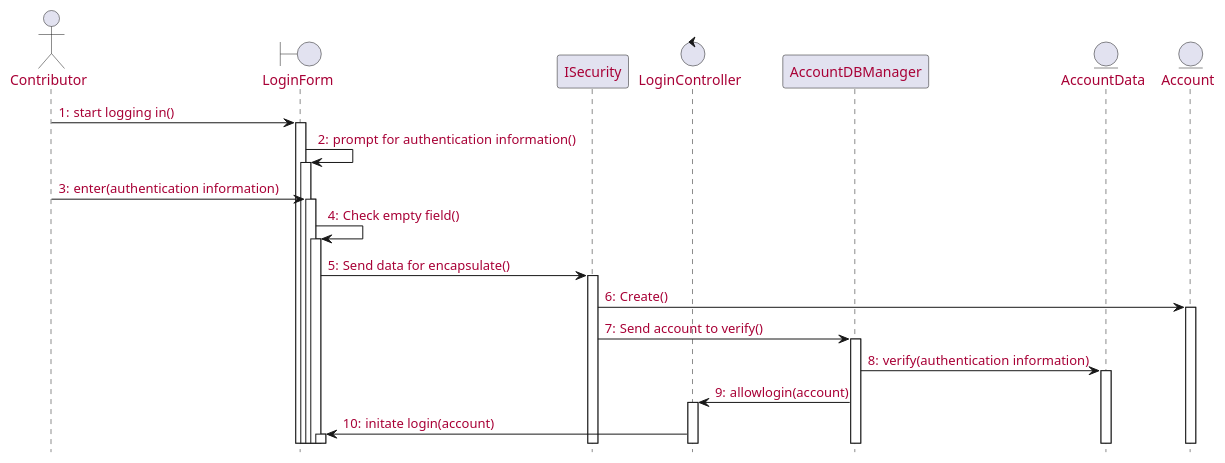
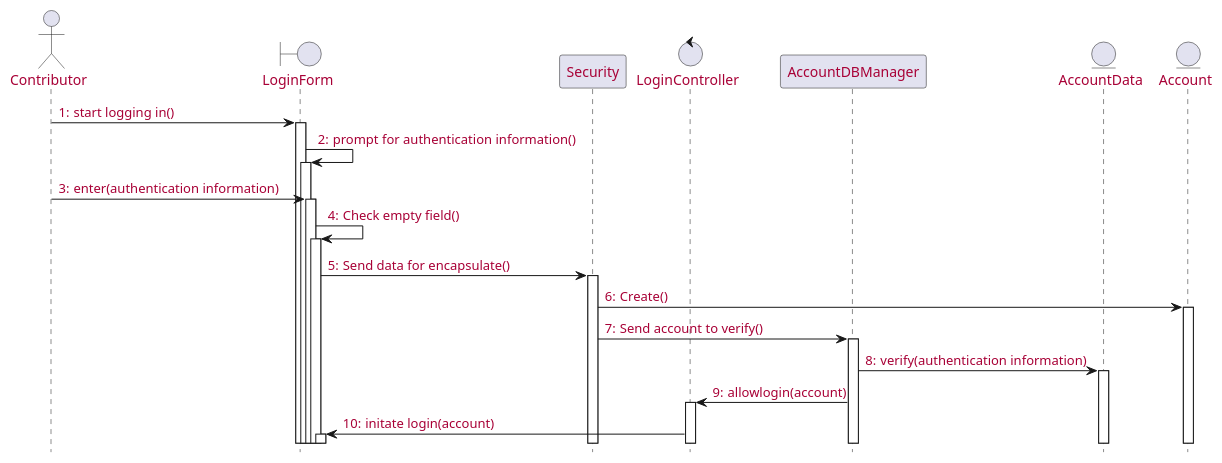
One commit to McSinyx/ipppi changed the first of 6 diagrams in source/solution/use-case-design.rst. Above: the diagram before and after it, drawn with PlantUML.

```diff
--- a/source/solution/use-case-design.rst
+++ b/source/solution/use-case-design.rst
@@ -19,25 +19,25 @@
 .. uml::
 
    skinparam defaultFontColor #a80036
    autonumber "#:"
    autoactivate on
    hide footbox
 
    actor Contributor
    boundary LoginForm
-   participant ISecurity as S
+   participant Security as S
    control LoginController
    participant AccountDBManager as D
    entity AccountData
    entity Account
 
    Contributor -> LoginForm: start logging in()
    LoginForm -> LoginForm: prompt for authentication information()
    Contributor -> LoginForm: enter(authentication information)   
    LoginForm -> LoginForm: Check empty field()
    LoginForm -> S: Send data for encapsulate()
    S -> Account: Create()
    S -> D: Send account to verify()
    D -> AccountData: verify(authentication information)
    D -> LoginController: allowlogin(account)
    LoginController -> LoginForm: initate login(account) 
```
